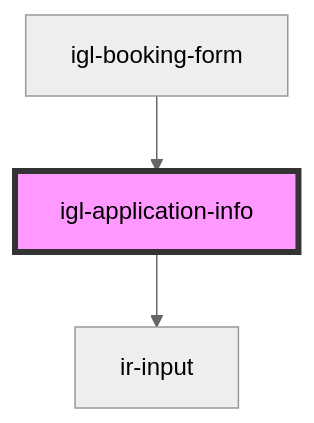
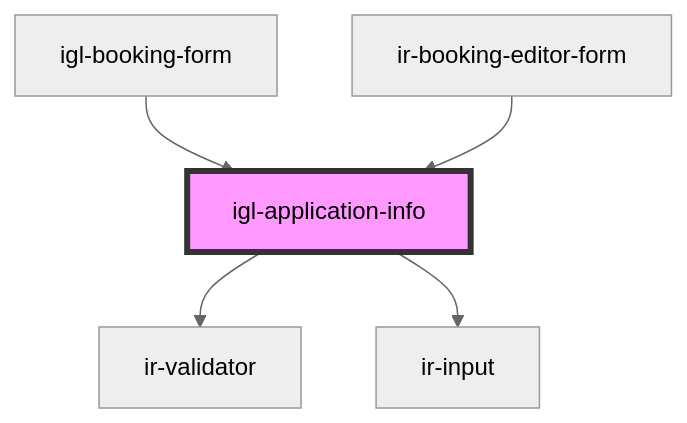
One commit to David1Chowaifaty/modified-ir-webcmp changed the diagram in src/components/igloo-calendar/igl-book-property/igl-booking-form/igl-application-info/readme.md. Above: the diagram before and after it, drawn with Mermaid (neutral theme). The commit also changed other lines of this file and 56 other files, not shown here.

First line of the commit message:
Enhance IrBookingEditor and related components with new validation and input handling

````diff
--- a/src/components/igloo-calendar/igl-book-property/igl-booking-form/igl-application-info/readme.md
+++ b/src/components/igloo-calendar/igl-book-property/igl-booking-form/igl-application-info/readme.md
@@ -33,6 +36,8 @@
 ```mermaid
 graph TD;
+  igl-application-info --> ir-validator
   igl-application-info --> ir-input
   igl-booking-form --> igl-application-info
+  ir-booking-editor-form --> igl-application-info
   style igl-application-info fill:#f9f,stroke:#333,stroke-width:4px
 ```
````
